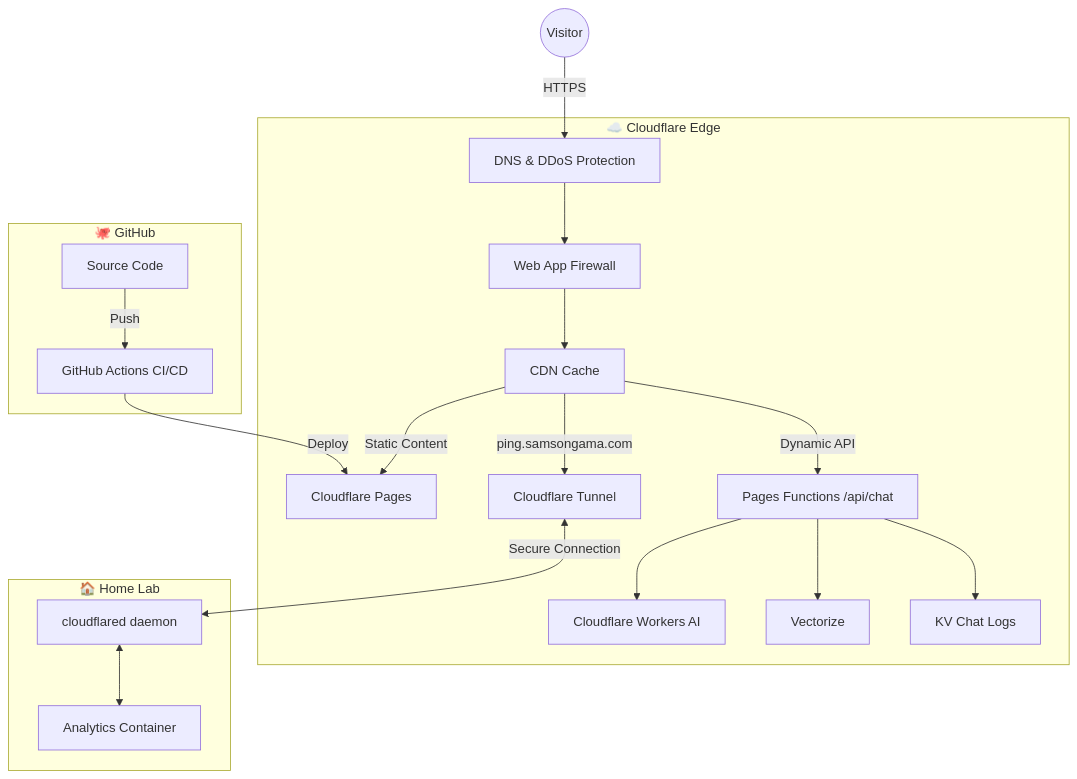
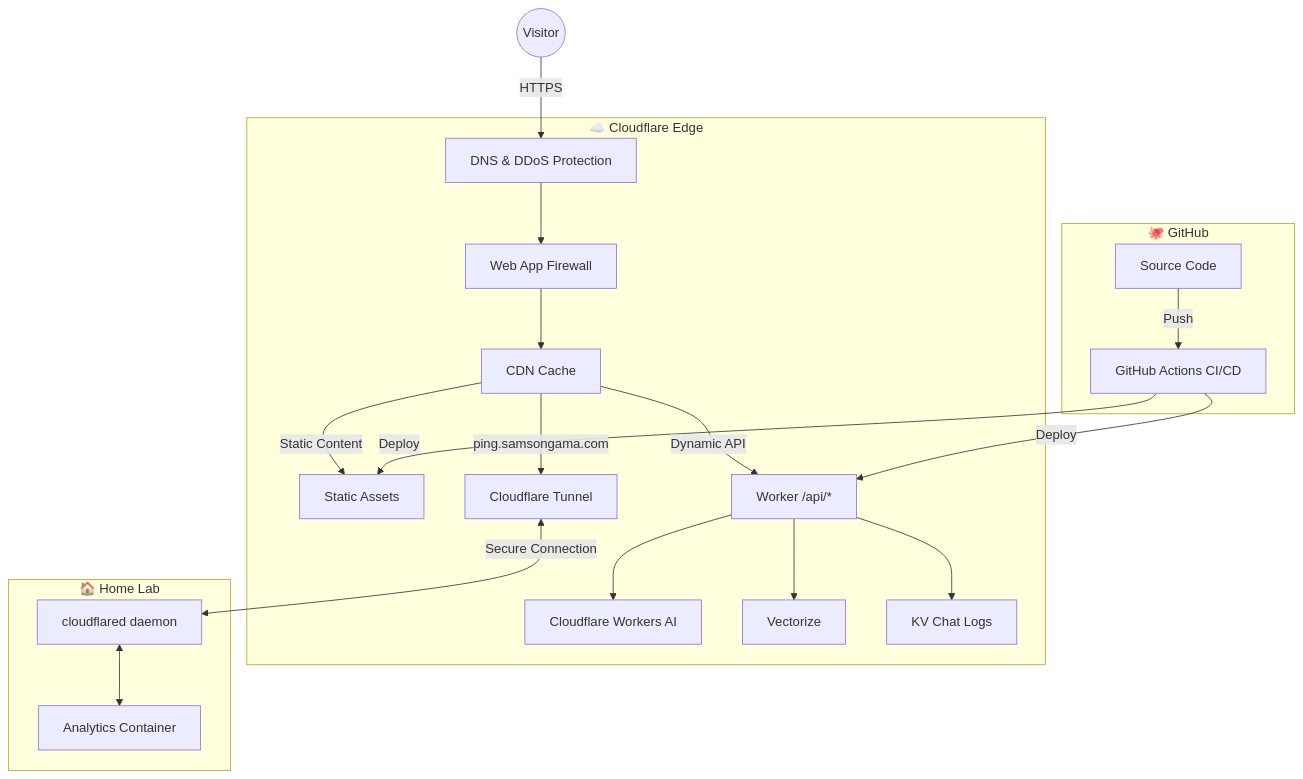
The first of 3 diagrams in content/posts/2026-01-26-website-stack/index.md (sgama/sg), drawn with Mermaid before and after one commit. The commit also changed other lines of this file and 4 other files, not shown here.

```diff
--- a/content/posts/2026-01-26-website-stack/index.md
+++ b/content/posts/2026-01-26-website-stack/index.md
@@ -23,43 +23,44 @@
 {{< mermaid >}}
 graph TD
 User((Visitor))
 
 subgraph Cloudflare["☁️ Cloudflare Edge"]
     DNS[DNS & DDoS Protection]
     CDN[CDN Cache]
     WAF[Web App Firewall]
-    Pages[Cloudflare Pages]
-    Functions[Pages Functions /api/chat]
+    Assets[Static Assets]
+    Functions[Worker /api/*]
     Workers[Cloudflare Workers AI]
     Vectorize[Vectorize]
     KV[KV Chat Logs]
     Tunnel[Cloudflare Tunnel]
 end
 
 subgraph Github["🐙 GitHub"]
     Repo[Source Code]
     Actions[GitHub Actions CI/CD]
 end
 
 subgraph HomeLab["🏠 Home Lab"]
     Cloudflared[cloudflared daemon]
     Analytics[Analytics Container]
 end
 
 User -->|HTTPS| DNS
 DNS --> WAF
 WAF --> CDN
 
-CDN -->|Static Content| Pages
+CDN -->|Static Content| Assets
 CDN -->|Dynamic API| Functions
 Functions --> Workers
 Functions --> Vectorize
 Functions --> KV
 CDN -->|ping.samsongama.com| Tunnel
 
 Tunnel <-->|Secure Connection| Cloudflared
 Cloudflared <--> Analytics
 
 Repo -->|Push| Actions
-Actions -->|Deploy| Pages
+Actions -->|Deploy| Assets
+Actions -->|Deploy| Functions
 {{< /mermaid >}}
```
